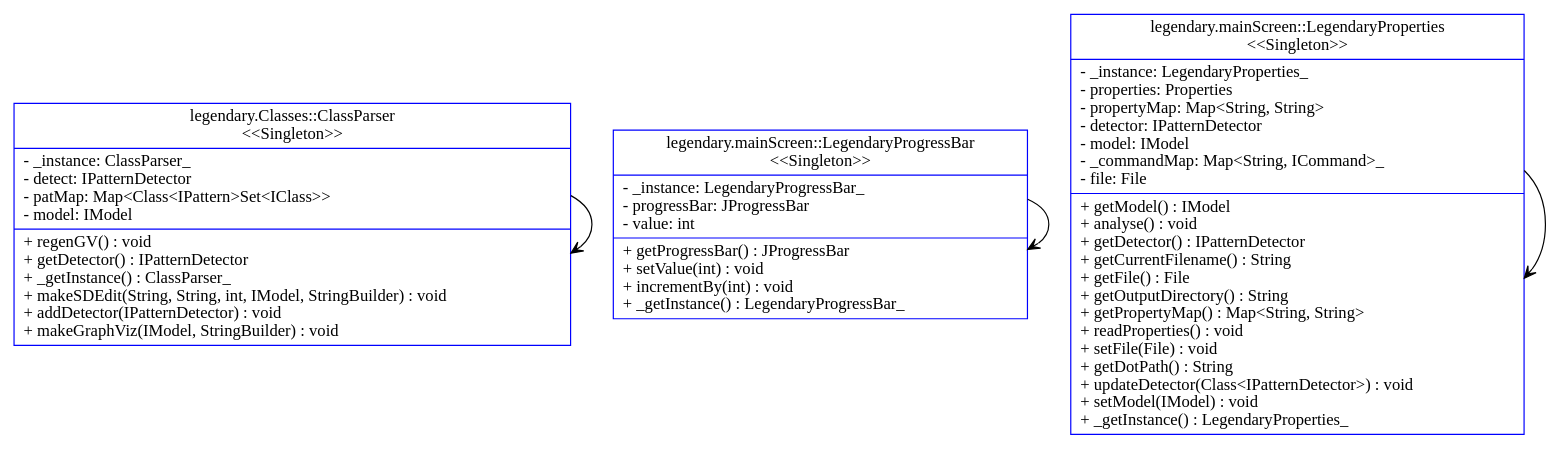
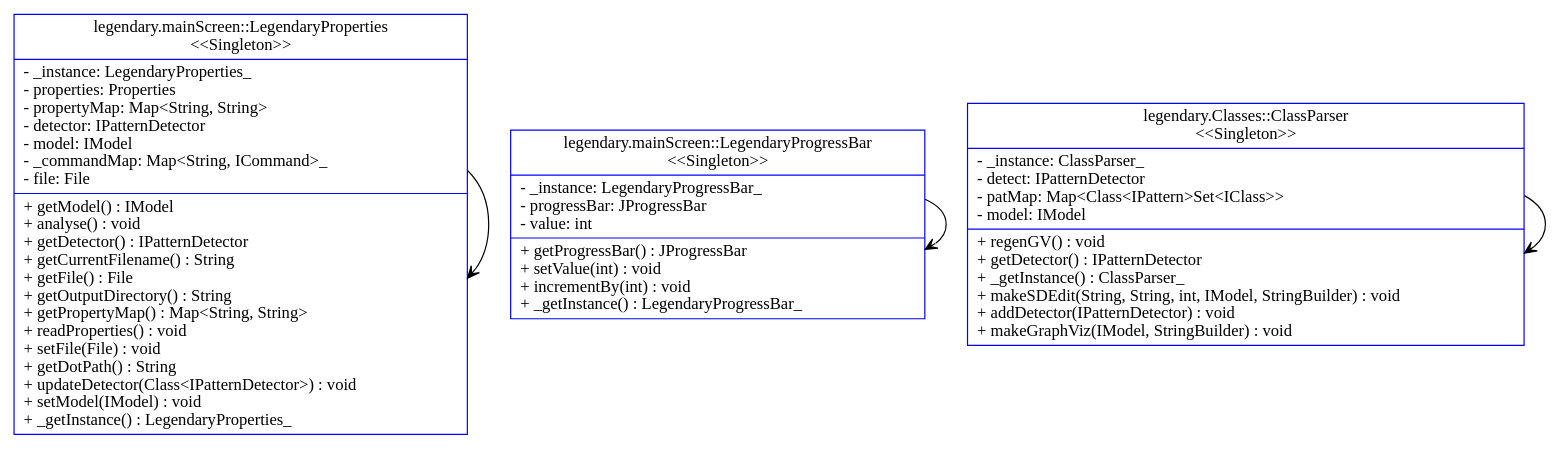
One commit to pastorsj/LegendaryPatterns changed the diagram in input_output/text.dot. Above: the diagram before and after it, drawn with Graphviz. The commit also changed other lines of this file and 5 other files, not shown here.

Commit message:
Updated UML quickly

```diff
--- a/input_output/text.dot
+++ b/input_output/text.dot
@@ -1,61 +1,61 @@
 digraph G{
 	node [shape = "record"]
-legendaryClassesClassParser [
-	label = "{legendary.Classes::ClassParser\n\<\<Singleton\>\>|
-	- _instance: ClassParser_\l
-	- detect: IPatternDetector\l
-	- patMap: Map\<Class\<IPattern\>Set\<IClass\>\>\l
-	- model: IModel\l
-	|
-	+ regenGV() : void\l
-	+ getDetector() : IPatternDetector\l
-	+ _getInstance() : ClassParser_\l
-	+ makeSDEdit(String, String, int, IModel, StringBuilder) : void\l
-	+ addDetector(IPatternDetector) : void\l
-	+ makeGraphViz(IModel, StringBuilder) : void\l
-	}"
-	color = blue]
-legendarymainScreenLegendaryProgressBar [
-	label = "{legendary.mainScreen::LegendaryProgressBar\n\<\<Singleton\>\>|
-	- _instance: LegendaryProgressBar_\l
-	- progressBar: JProgressBar\l
-	- value: int\l
-	|
-	+ getProgressBar() : JProgressBar\l
-	+ setValue(int) : void\l
-	+ incrementBy(int) : void\l
-	+ _getInstance() : LegendaryProgressBar_\l
-	}"
-	color = blue]
 legendarymainScreenLegendaryProperties [
 	label = "{legendary.mainScreen::LegendaryProperties\n\<\<Singleton\>\>|
 	- _instance: LegendaryProperties_\l
 	- properties: Properties\l
 	- propertyMap: Map\<String, String\>\l
 	- detector: IPatternDetector\l
 	- model: IModel\l
 	- _commandMap: Map\<String, ICommand\>_\l
 	- file: File\l
 	|
 	+ getModel() : IModel\l
 	+ analyse() : void\l
 	+ getDetector() : IPatternDetector\l
 	+ getCurrentFilename() : String\l
 	+ getFile() : File\l
 	+ getOutputDirectory() : String\l
 	+ getPropertyMap() : Map\<String, String\>\l
 	+ readProperties() : void\l
 	+ setFile(File) : void\l
 	+ getDotPath() : String\l
 	+ updateDetector(Class\<IPatternDetector\>) : void\l
 	+ setModel(IModel) : void\l
 	+ _getInstance() : LegendaryProperties_\l
 	}"
 	color = blue]
+legendarymainScreenLegendaryProgressBar [
+	label = "{legendary.mainScreen::LegendaryProgressBar\n\<\<Singleton\>\>|
+	- _instance: LegendaryProgressBar_\l
+	- progressBar: JProgressBar\l
+	- value: int\l
+	|
+	+ getProgressBar() : JProgressBar\l
+	+ setValue(int) : void\l
+	+ incrementBy(int) : void\l
+	+ _getInstance() : LegendaryProgressBar_\l
+	}"
+	color = blue]
+legendaryClassesClassParser [
+	label = "{legendary.Classes::ClassParser\n\<\<Singleton\>\>|
+	- _instance: ClassParser_\l
+	- detect: IPatternDetector\l
+	- patMap: Map\<Class\<IPattern\>Set\<IClass\>\>\l
+	- model: IModel\l
+	|
+	+ regenGV() : void\l
+	+ getDetector() : IPatternDetector\l
+	+ _getInstance() : ClassParser_\l
+	+ makeSDEdit(String, String, int, IModel, StringBuilder) : void\l
+	+ addDetector(IPatternDetector) : void\l
+	+ makeGraphViz(IModel, StringBuilder) : void\l
+	}"
+	color = blue]
 	edge [style = "solid"] [arrowhead = "open"]
-	[label = ""]legendaryClassesClassParser->legendaryClassesClassParser
+	[label = ""]legendarymainScreenLegendaryProperties->legendarymainScreenLegendaryProperties
 	edge [style = "solid"] [arrowhead = "open"]
 	[label = ""]legendarymainScreenLegendaryProgressBar->legendarymainScreenLegendaryProgressBar
 	edge [style = "solid"] [arrowhead = "open"]
-	[label = ""]legendarymainScreenLegendaryProperties->legendarymainScreenLegendaryProperties
+	[label = ""]legendaryClassesClassParser->legendaryClassesClassParser
 }
```
